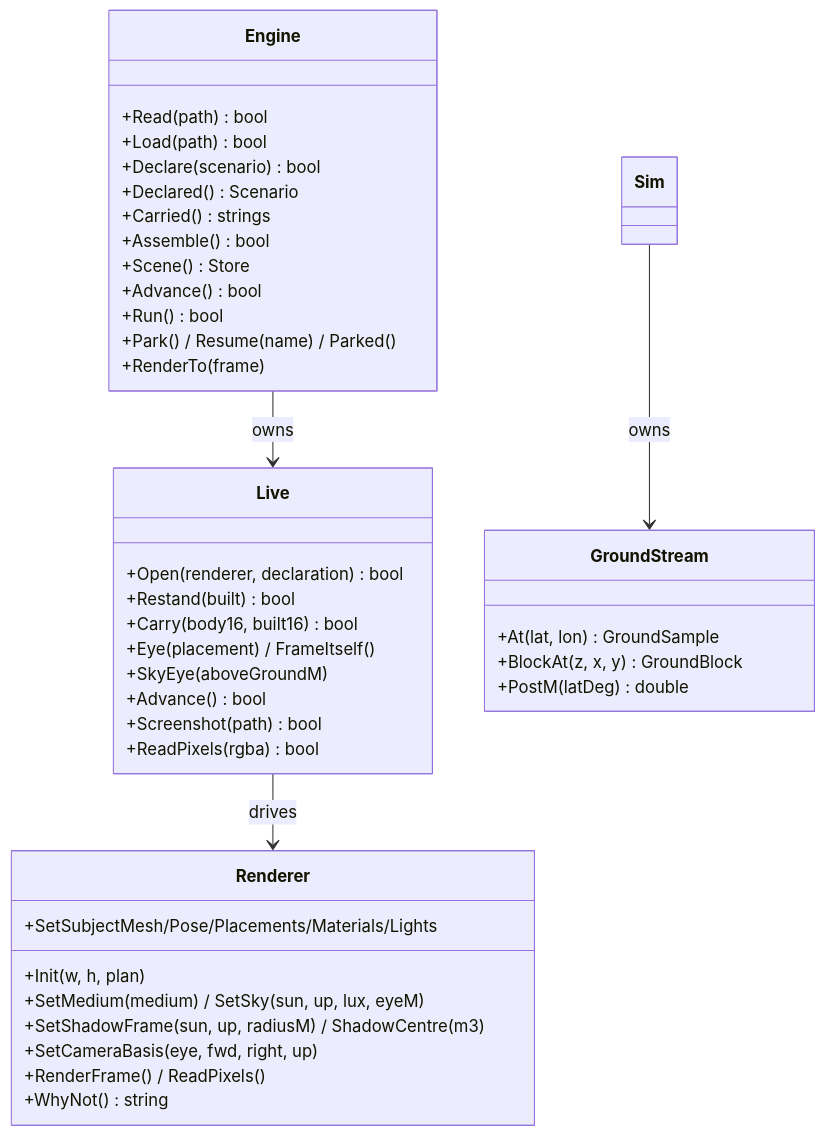
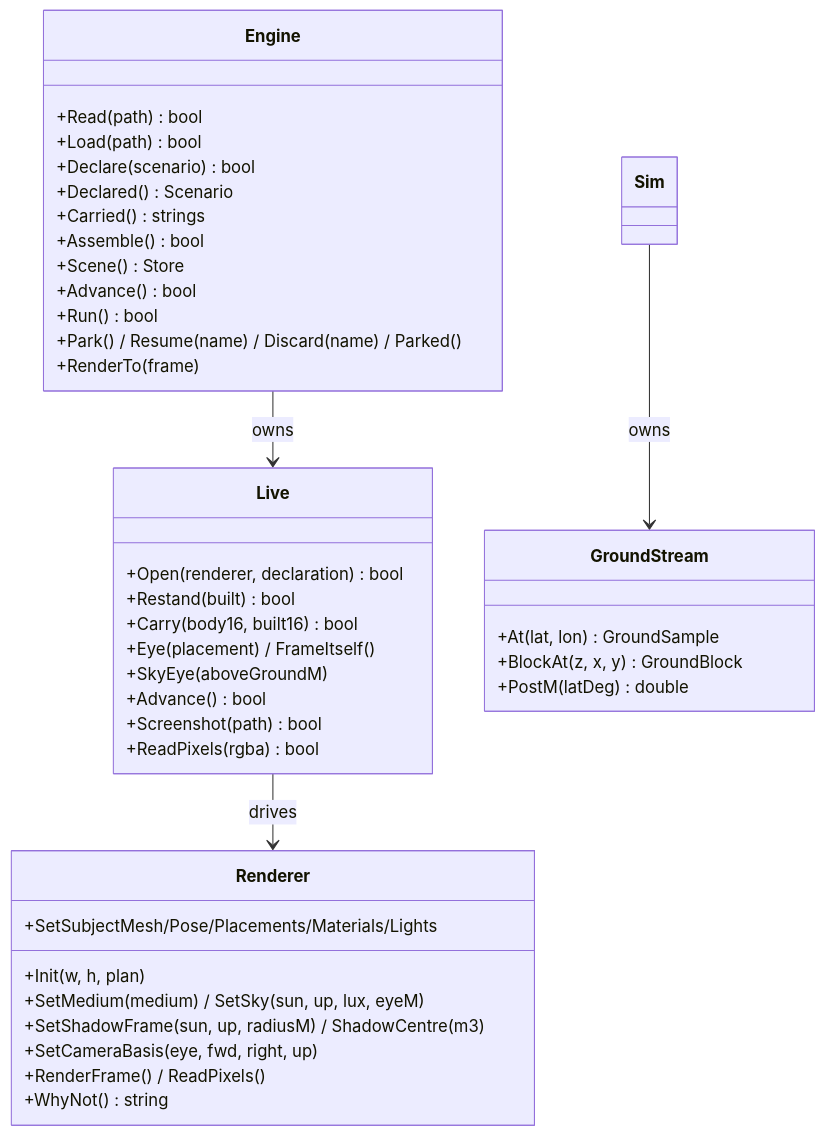
The eighth of 11 diagrams in CLAUDE.md (Weichwolf/outshine), drawn with Mermaid before and after one commit. The commit also changed 16 other files, not shown here.

Commit message:
board:1667,1668,1669,1670 closed -- the merge refuses depth and width by name, Resume cannot destroy the only copy and Discard is a spoken choice, holding is its own non-cascading relation, and the traits read back through the one door

````diff
--- a/CLAUDE.md
+++ b/CLAUDE.md
@@ -257,44 +257,44 @@
 ```mermaid
 classDiagram
   direction TB
   class Engine {
     +Read(path) bool
     +Load(path) bool
     +Declare(scenario) bool
     +Declared() Scenario
     +Carried() strings
     +Assemble() bool
     +Scene() Store
     +Advance() bool
     +Run() bool
-    +Park() / Resume(name) / Parked()
+    +Park() / Resume(name) / Discard(name) / Parked()
     +RenderTo(frame)
   }
   class Live {
     +Open(renderer, declaration) bool
     +Restand(built) bool
     +Carry(body16, built16) bool
     +Eye(placement) / FrameItself()
     +SkyEye(aboveGroundM)
     +Advance() bool
     +Screenshot(path) bool
     +ReadPixels(rgba) bool
   }
   class Renderer {
     +Init(w, h, plan)
     +SetSubjectMesh/Pose/Placements/Materials/Lights
     +SetMedium(medium) / SetSky(sun, up, lux, eyeM)
     +SetShadowFrame(sun, up, radiusM) / ShadowCentre(m3)
     +SetCameraBasis(eye, fwd, right, up)
     +RenderFrame() / ReadPixels()
     +WhyNot() string
   }
   class GroundStream {
     +At(lat, lon) GroundSample
     +BlockAt(z, x, y) GroundBlock
     +PostM(latDeg) double
   }
   Engine --> Live : owns
   Live --> Renderer : drives
   Sim --> GroundStream : owns
 ```
````
